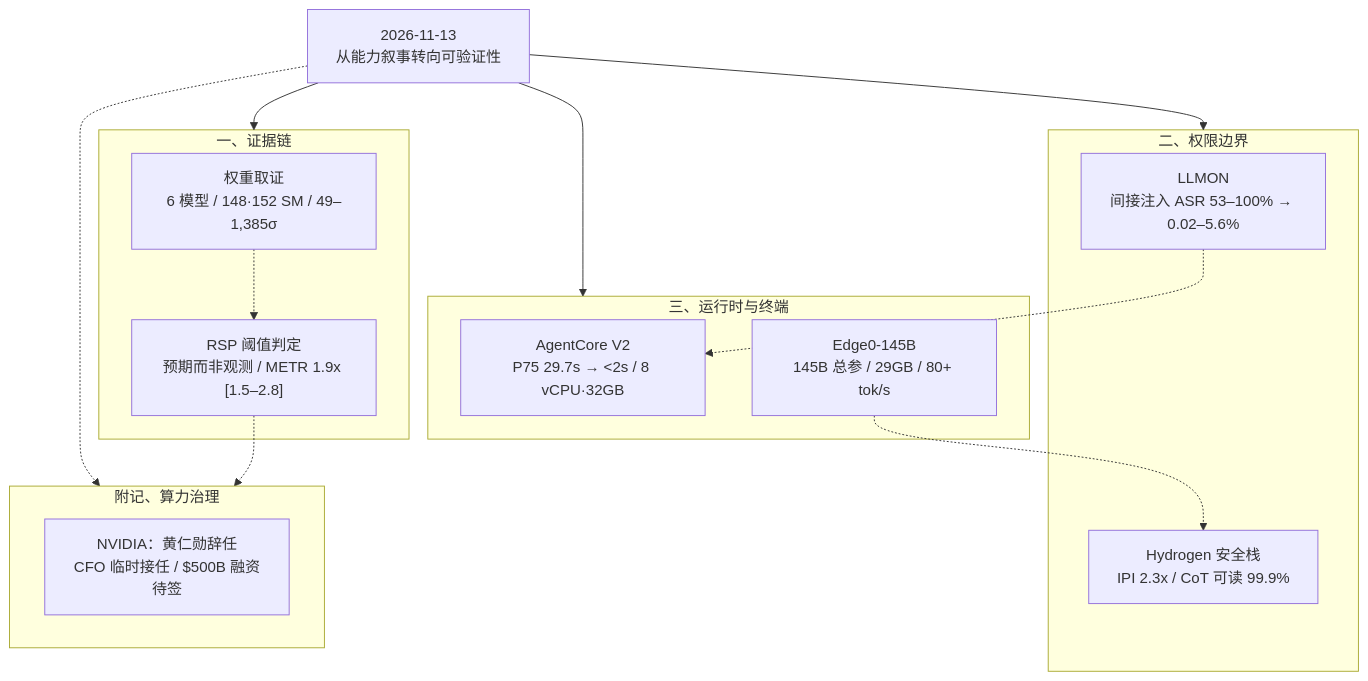
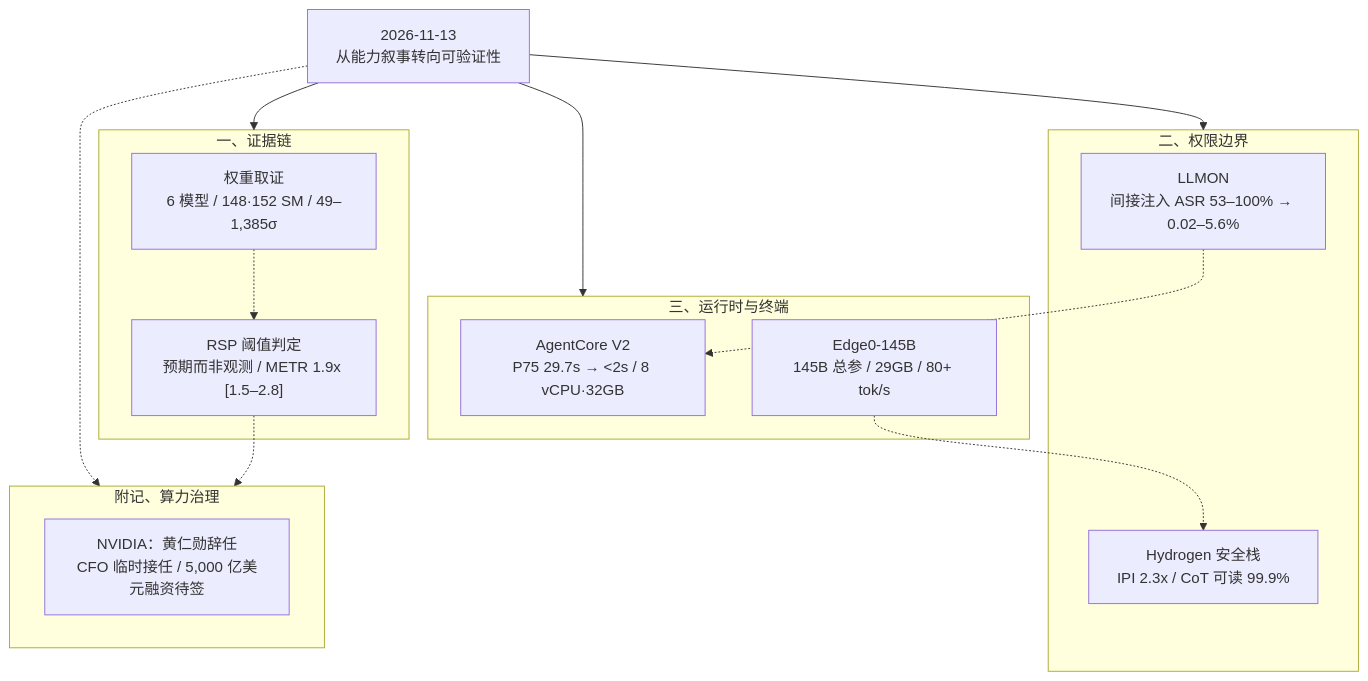
One commit to run-dream/run-dream.github.io changed the diagram in _ai_tongjian/2026-11-13.md. Above: the diagram before and after it, drawn with Mermaid. The commit also changed other lines of this file, not shown here.

Commit message:
fix(ai-tongjian): 2026-11-13 财报间隔表述

````diff
--- a/_ai_tongjian/2026-11-13.md
+++ b/_ai_tongjian/2026-11-13.md
@@ -17,27 +17,27 @@
 ```mermaid
 flowchart TB
     A["2026-11-13<br/>从能力叙事转向可验证性"]
     subgraph E["一、证据链"]
         E1["权重取证<br/>6 模型 / 148·152 SM / 49–1,385σ"]
         E2["RSP 阈值判定<br/>预期而非观测 / METR 1.9x [1.5–2.8]"]
     end
     subgraph B["二、权限边界"]
         B1["LLMON<br/>间接注入 ASR 53–100% → 0.02–5.6%"]
         B2["Hydrogen 安全栈<br/>IPI 2.3x / CoT 可读 99.9%"]
     end
     subgraph R["三、运行时与终端"]
         R1["AgentCore V2<br/>P75 29.7s → &lt;2s / 8 vCPU·32GB"]
         R2["Edge0-145B<br/>145B 总参 / 29GB / 80+ tok/s"]
     end
     subgraph G["附记、算力治理"]
-        G1["NVIDIA：黄仁勋辞任<br/>CFO 临时接任 / $500B 融资待签"]
+        G1["NVIDIA：黄仁勋辞任<br/>CFO 临时接任 / 5,000 亿美元融资待签"]
     end
     A --> E
     A --> B
     A --> R
     A -.-> G
     E2 -.-> G
     E1 -.-> E2
     B1 -.-> R1
     R2 -.-> B2
 ```
````
